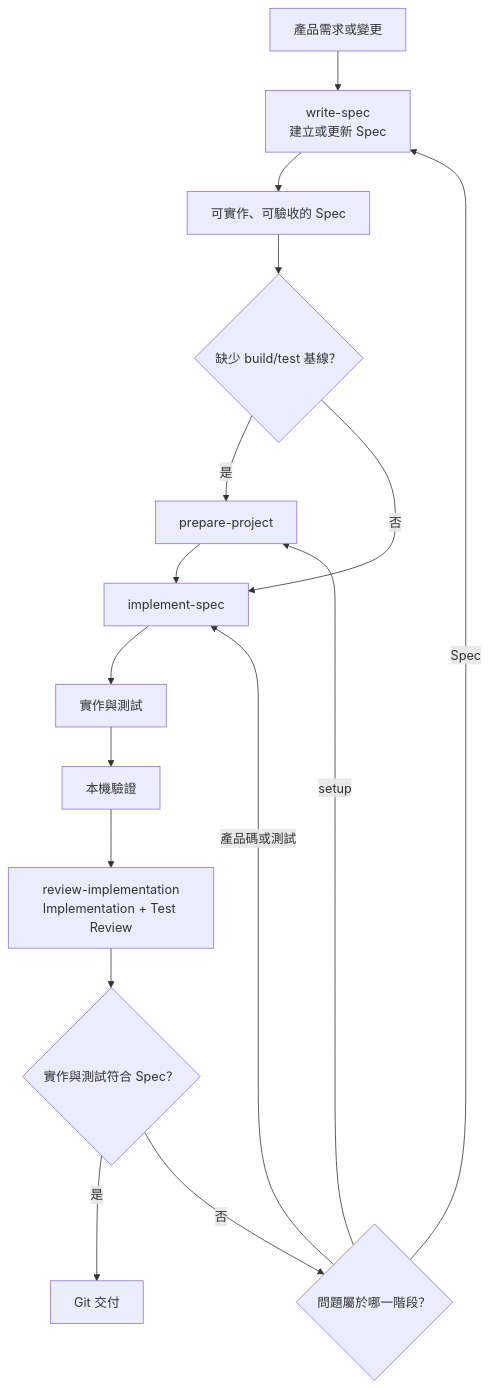
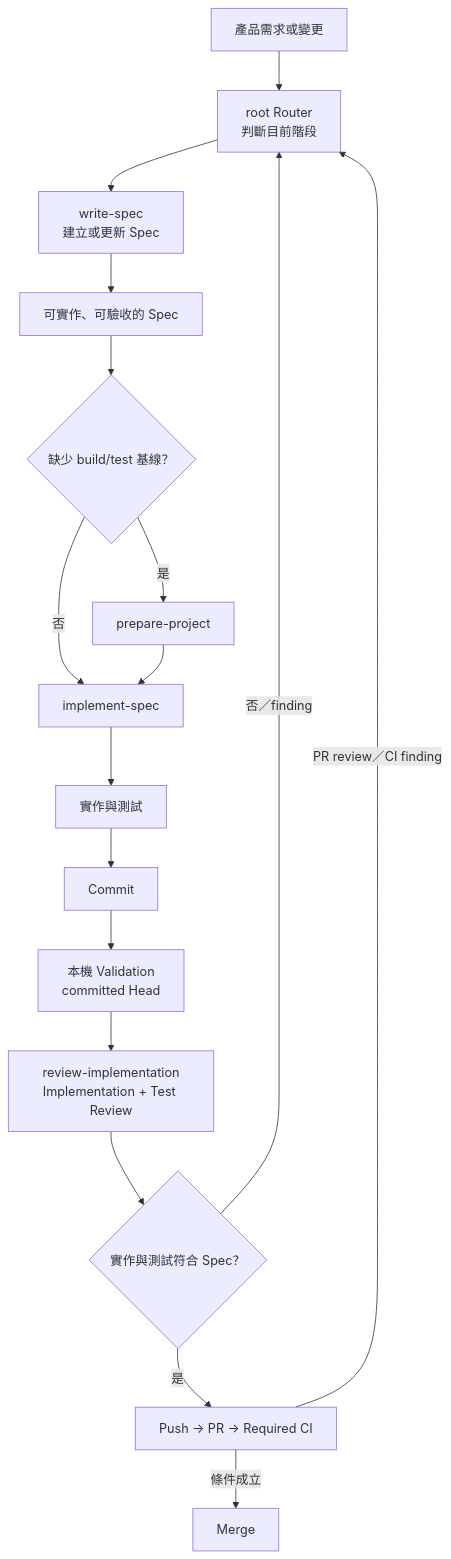
One commit to kof1016/trying-to-control-ai changed the first of 2 diagrams in README.md. Above: the diagram before and after it, drawn with Mermaid. The commit also changed other lines of this file and 10 other files, not shown here.

````diff
--- a/README.md
+++ b/README.md
@@ -19,18 +19,19 @@
 ```mermaid
 flowchart TD
-    A["產品需求或變更"] --> B["write-spec<br/>建立或更新 Spec"]
+    A["產品需求或變更"] --> R["root Router<br/>判斷目前階段"]
+    R --> B["write-spec<br/>建立或更新 Spec"]
     B --> C["可實作、可驗收的 Spec"]
     C --> D{"缺少 build/test 基線？"}
     D -->|"是"| E["prepare-project"]
     D -->|"否"| F["implement-spec"]
     E --> F
     F --> G["實作與測試"]
-    G --> H["本機驗證"]
-    H --> I["review-implementation<br/>Implementation + Test Review"]
-    I --> J{"實作與測試符合 Spec？"}
-    J -->|"是"| K["Git 交付"]
-    J -->|"否"| L{"問題屬於哪一階段？"}
-    L -->|"Spec"| B
-    L -->|"setup"| E
-    L -->|"產品碼或測試"| F
+    G --> H["Commit"]
+    H --> I["本機 Validation<br/>committed Head"]
+    I --> J["review-implementation<br/>Implementation + Test Review"]
+    J --> K{"實作與測試符合 Spec？"}
+    K -->|"是"| L["Push → PR → Required CI"]
+    L -->|"條件成立"| M["Merge"]
+    L -->|"PR review／CI finding"| R
+    K -->|"否／finding"| R
 ```
````
